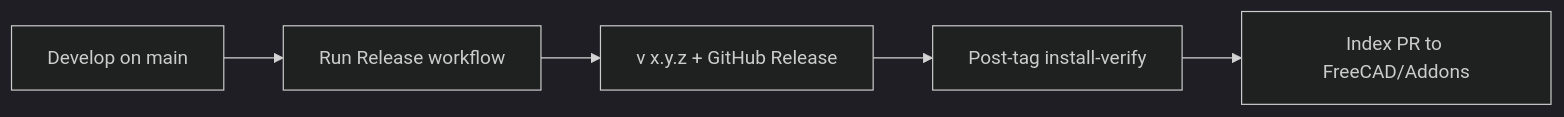
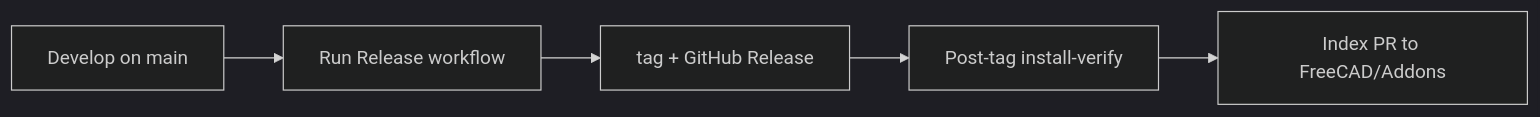
Before and after one commit to CREATeNG/freecad-mcp-bridge: the second of 2 diagrams in MAINTAINING.md, drawn with Mermaid (dark theme). The commit also changed other lines of this file, not shown here.

````diff
--- a/MAINTAINING.md
+++ b/MAINTAINING.md
@@ -85,7 +89,7 @@
 ```mermaid
 flowchart LR
   dev[Develop on main] --> dispatch[Run Release workflow]
-  dispatch --> shipped[v x.y.z + GitHub Release]
+  dispatch --> shipped[tag + GitHub Release]
   shipped --> postverify[Post-tag install-verify]
   postverify --> index[Index PR to FreeCAD/Addons]
 ```
````
